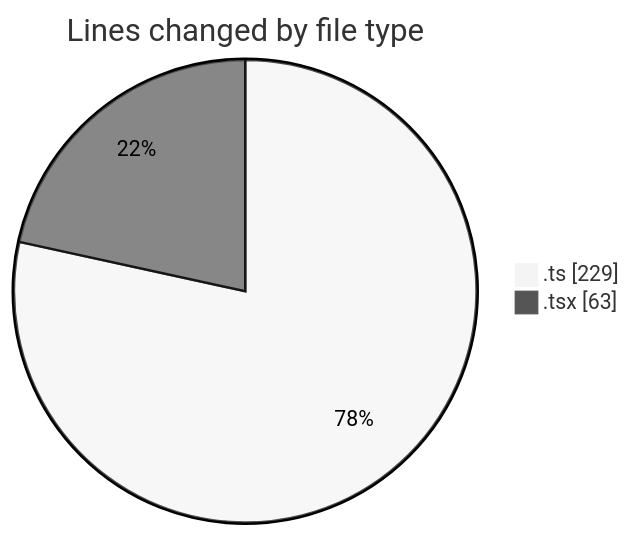
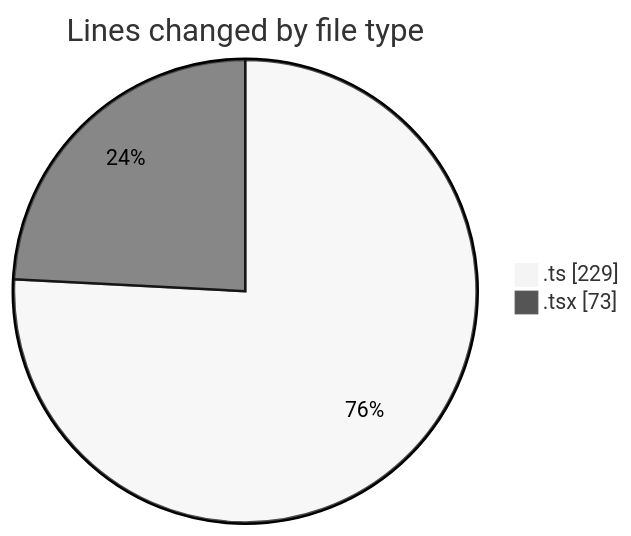
Before and after one commit to julien-gomy/code-tracking: the first of 2 diagrams in 2025-11-24/eventscop-frontend-guide__workspace_/README.md, drawn with Mermaid (neutral theme). The commit also changed other lines of this file and 1 other file, not shown here.

````diff
--- a/2025-11-24/eventscop-frontend-guide__workspace_/README.md
+++ b/2025-11-24/eventscop-frontend-guide__workspace_/README.md
@@ -24,6 +24,6 @@
 ```mermaid
 pie showData
 title Lines changed by file type
 ".ts" : 229
-".tsx" : 63
+".tsx" : 73
 ```
````
